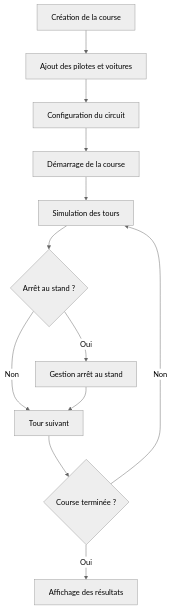
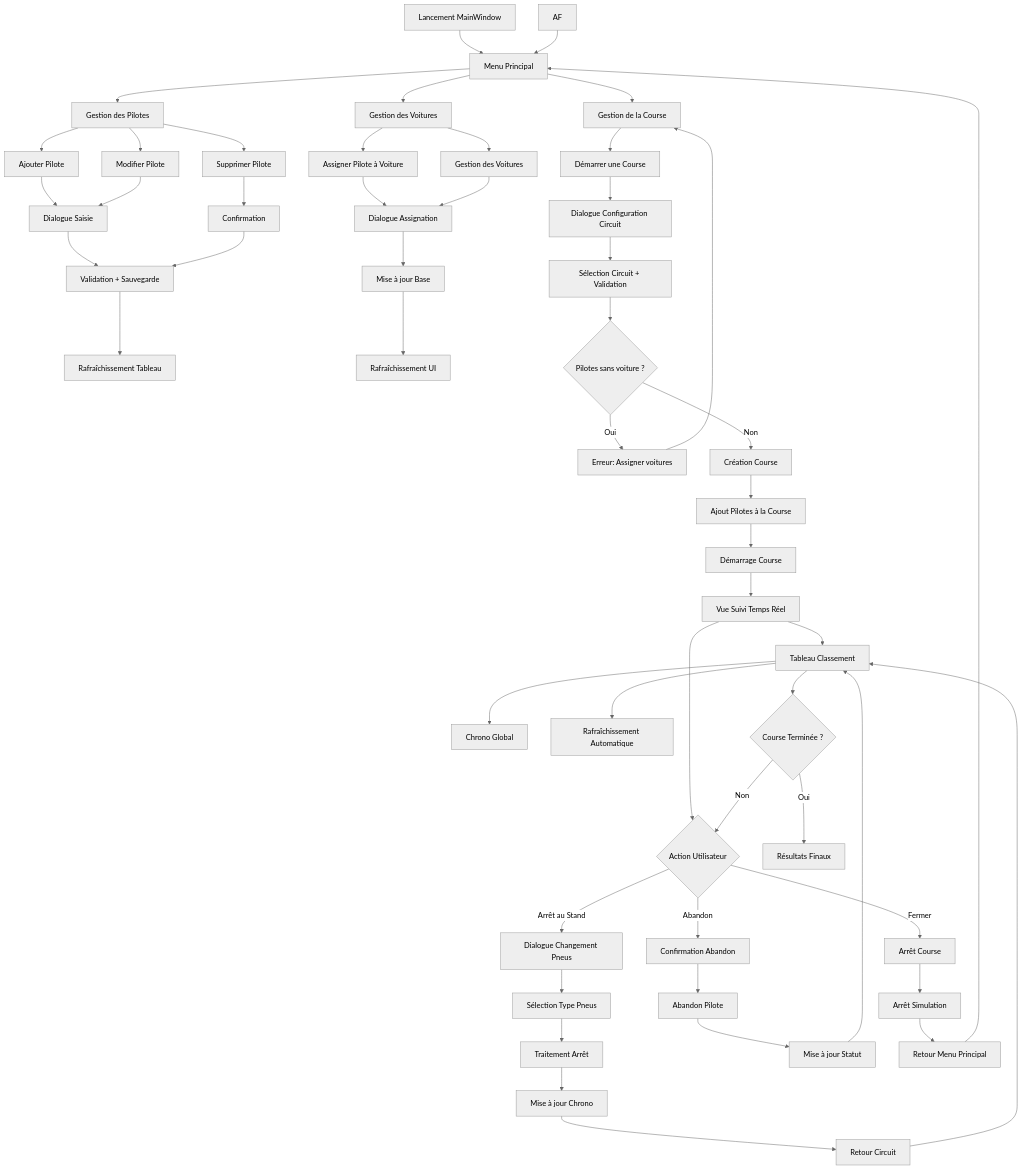
One commit to EthanRieu/F1ManagerJava changed the diagram in mermaid/Flowchart.mmd. Above: the diagram before and after it, drawn with Mermaid (neutral theme). The commit also changed 49 other files, not shown here.

```diff
--- a/mermaid/Flowchart.mmd
+++ b/mermaid/Flowchart.mmd
@@ -1,12 +1,62 @@
 flowchart TD
-    A[Création de la course] --> B[Ajout des pilotes et voitures]
-    B --> C[Configuration du circuit]
-    C --> D[Démarrage de la course]
-    D --> E[Simulation des tours]
-    E --> F{Arrêt au stand ?}
-    F -- Oui --> G[Gestion arrêt au stand]
-    F -- Non --> H[Tour suivant]
-    G --> H
-    H --> I{Course terminée ?}
-    I -- Non --> E
-    I -- Oui --> J[Affichage des résultats] 
+    A[Lancement MainWindow] --> B[Menu Principal]
+    B --> C[Gestion des Pilotes]
+    B --> D[Gestion des Voitures]
+    B --> E[Gestion de la Course]
+    
+    C --> C1[Ajouter Pilote]
+    C --> C2[Modifier Pilote]
+    C --> C3[Supprimer Pilote]
+    C1 --> C4[Dialogue Saisie]
+    C2 --> C4
+    C3 --> C5[Confirmation]
+    C4 --> C6[Validation + Sauvegarde]
+    C5 --> C6
+    C6 --> C7[Rafraîchissement Tableau]
+    
+    D --> D1[Assigner Pilote à Voiture]
+    D --> D2[Gestion des Voitures]
+    D1 --> D3[Dialogue Assignation]
+    D2 --> D3
+    D3 --> D4[Mise à jour Base]
+    D4 --> D5[Rafraîchissement UI]
+    
+    E --> F[Démarrer une Course]
+    F --> G[Dialogue Configuration Circuit]
+    G --> H[Sélection Circuit + Validation]
+    H --> I{Pilotes sans voiture ?}
+    I -->|Oui| J[Erreur: Assigner voitures]
+    I -->|Non| K[Création Course]
+    J --> E
+    
+    K --> L[Ajout Pilotes à la Course]
+    L --> M[Démarrage Course]
+    M --> N[Vue Suivi Temps Réel]
+    
+    N --> O[Tableau Classement]
+    O --> P[Chrono Global]
+    O --> Q[Rafraîchissement Automatique]
+    
+    N --> R{Action Utilisateur}
+    R -->|Arrêt au Stand| S[Dialogue Changement Pneus]
+    R -->|Abandon| T[Confirmation Abandon]
+    R -->|Fermer| U[Arrêt Course]
+    
+    S --> V[Sélection Type Pneus]
+    V --> W[Traitement Arrêt]
+    W --> X[Mise à jour Chrono]
+    X --> Y[Retour Circuit]
+    Y --> O
+    
+    T --> Z[Abandon Pilote]
+    Z --> AA[Mise à jour Statut]
+    AA --> O
+    
+    U --> AB[Arrêt Simulation]
+    AB --> AC[Retour Menu Principal]
+    AC --> B
+    
+    O --> AD{Course Terminée ?}
+    AD -->|Non| R
+    AD -->|Oui| AE[Résultats Finaux]
+    AF --> B 
```
